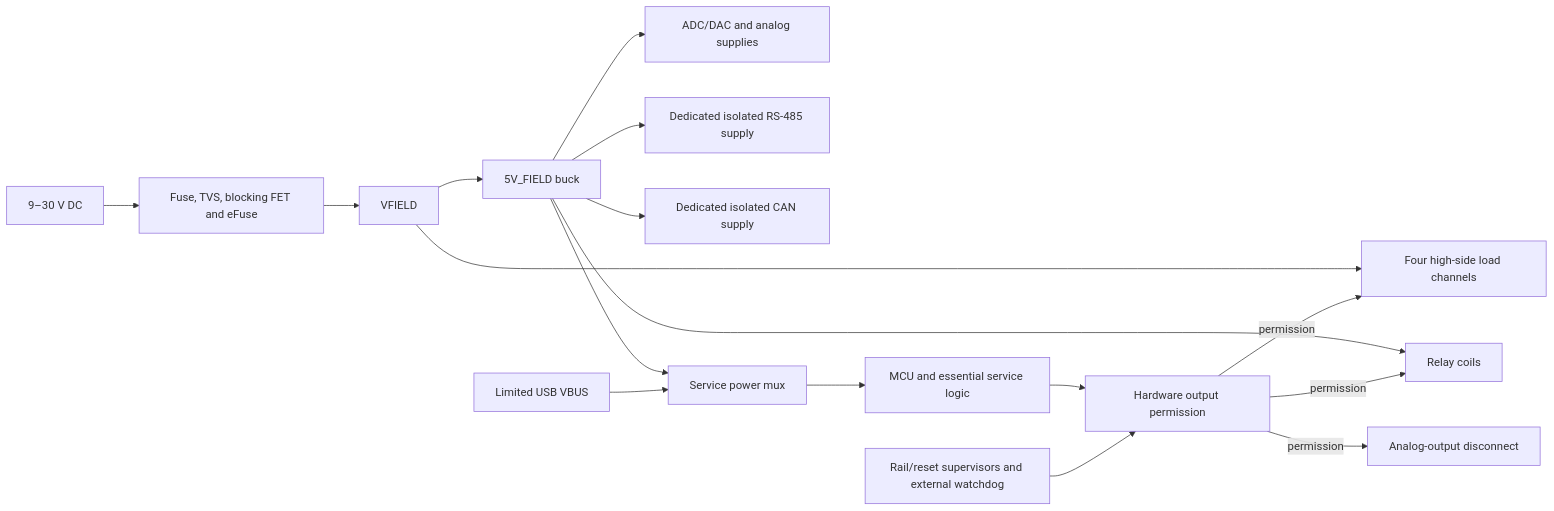
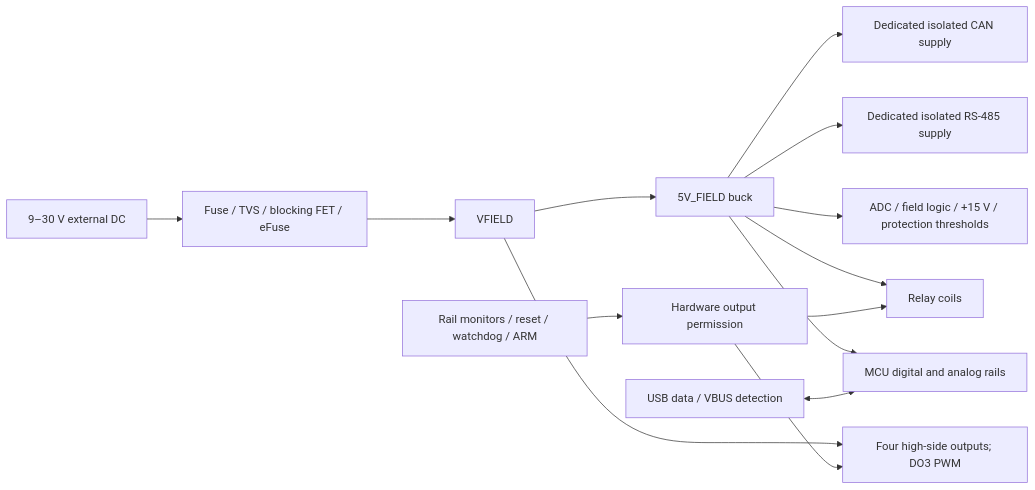
The diagram in docs/Architecture.md (MuffinByteLabs/stm32-industrial-io), drawn with Mermaid before and after one commit. The commit also changed other lines of this file and 45 other files, not shown here.

Commit message:
Refine Rev A scope and add guarded PWM load control

````diff
--- a/docs/Architecture.md
+++ b/docs/Architecture.md
@@ -30,19 +31,16 @@
 ```mermaid
 flowchart LR
-    DC["9–30 V DC"] --> IN["Fuse, TVS, blocking FET and eFuse"]
+    DC["9–30 V external DC"] --> IN["Fuse / TVS / blocking FET / eFuse"]
     IN --> VF["VFIELD"]
-    VF --> DO["Four high-side load channels"]
+    VF --> DO["Four high-side outputs; DO3 PWM"]
     VF --> BUCK["5V_FIELD buck"]
-    BUCK --> FIELD["ADC/DAC and analog supplies"]
+    BUCK --> MCU["MCU digital and analog rails"]
+    BUCK --> ANALOG["ADC / field logic / +15 V / protection thresholds"]
     BUCK --> RELAY["Relay coils"]
-    BUCK --> RSPOWER["Dedicated isolated RS-485 supply"]
-    BUCK --> CANPOWER["Dedicated isolated CAN supply"]
-    BUCK --> MUX["Service power mux"]
-    USB["Limited USB VBUS"] --> MUX
-    MUX --> MCU["MCU and essential service logic"]
-    MCU --> GATE["Hardware output permission"]
-    SUP["Rail/reset supervisors and external watchdog"] --> GATE
-    GATE -->|permission| DO
-    GATE -->|permission| RELAY
-    GATE -->|permission| AO["Analog-output disconnect"]
+    BUCK --> RS["Dedicated isolated RS-485 supply"]
+    BUCK --> CAN["Dedicated isolated CAN supply"]
+    SUP["Rail monitors / reset / watchdog / ARM"] --> GATE["Hardware output permission"]
+    GATE --> DO
+    GATE --> RELAY
+    USB["USB data / VBUS detection"] <--> MCU
 ```
````
